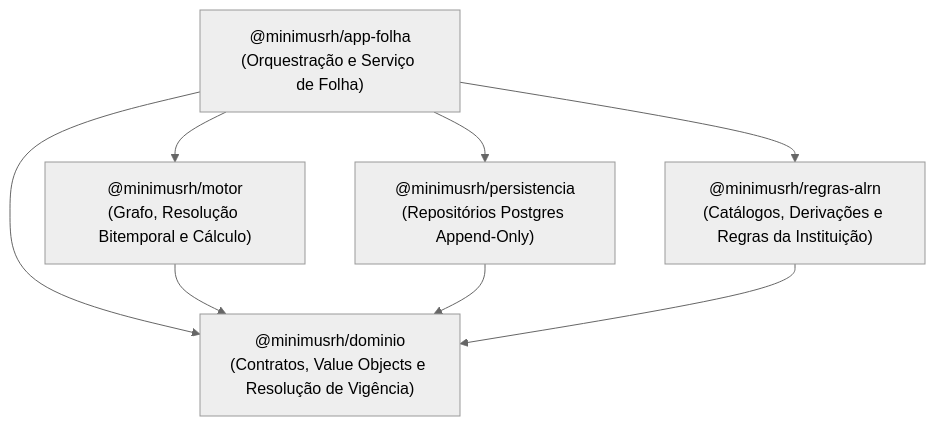
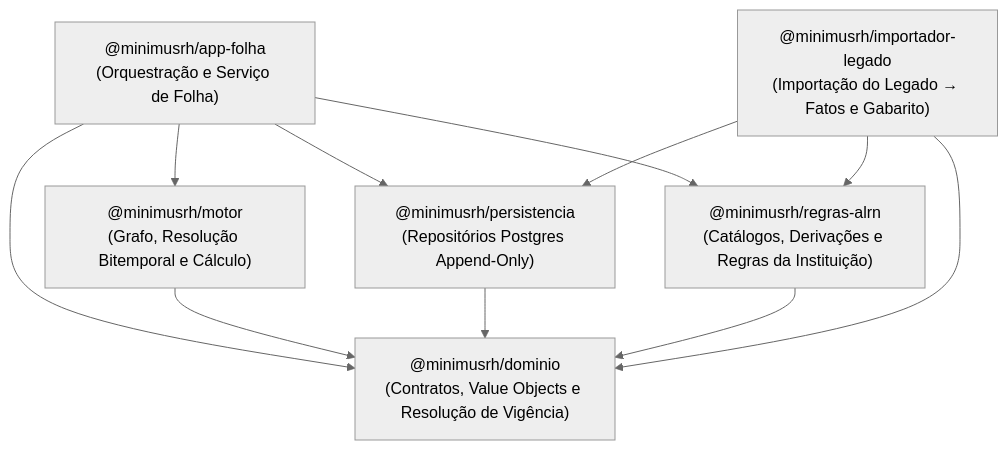
One commit to v1d3rm3/minimusrh changed the diagram in README.md. Above: the diagram before and after it, drawn with Mermaid (neutral theme). The commit also changed other lines of this file and 53 other files, not shown here.

````diff
--- a/README.md
+++ b/README.md
@@ -51,16 +51,20 @@
 ```mermaid
 flowchart TD
     app_folha["@minimusrh/app-folha<br/>(Orquestração e Serviço de Folha)"]
     motor["@minimusrh/motor<br/>(Grafo, Resolução Bitemporal e Cálculo)"]
     persistencia["@minimusrh/persistencia<br/>(Repositórios Postgres Append-Only)"]
     regras_alrn["@minimusrh/regras-alrn<br/>(Catálogos, Derivações e Regras da Instituição)"]
+    importador["@minimusrh/importador-legado<br/>(Importação do Legado → Fatos e Gabarito)"]
     dominio["@minimusrh/dominio<br/>(Contratos, Value Objects e Resolução de Vigência)"]
 
     app_folha --> motor
     app_folha --> persistencia
     app_folha --> regras_alrn
     app_folha --> dominio
     motor --> dominio
     persistencia --> dominio
     regras_alrn --> dominio
+    importador --> persistencia
+    importador --> regras_alrn
+    importador --> dominio
 ```
````
